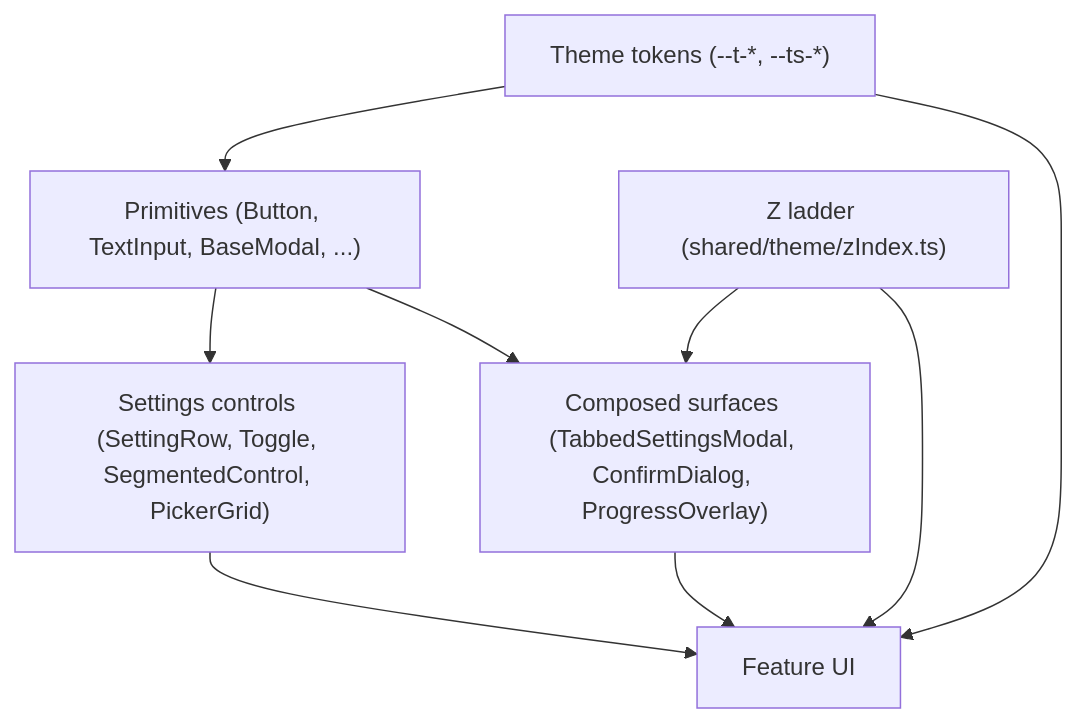
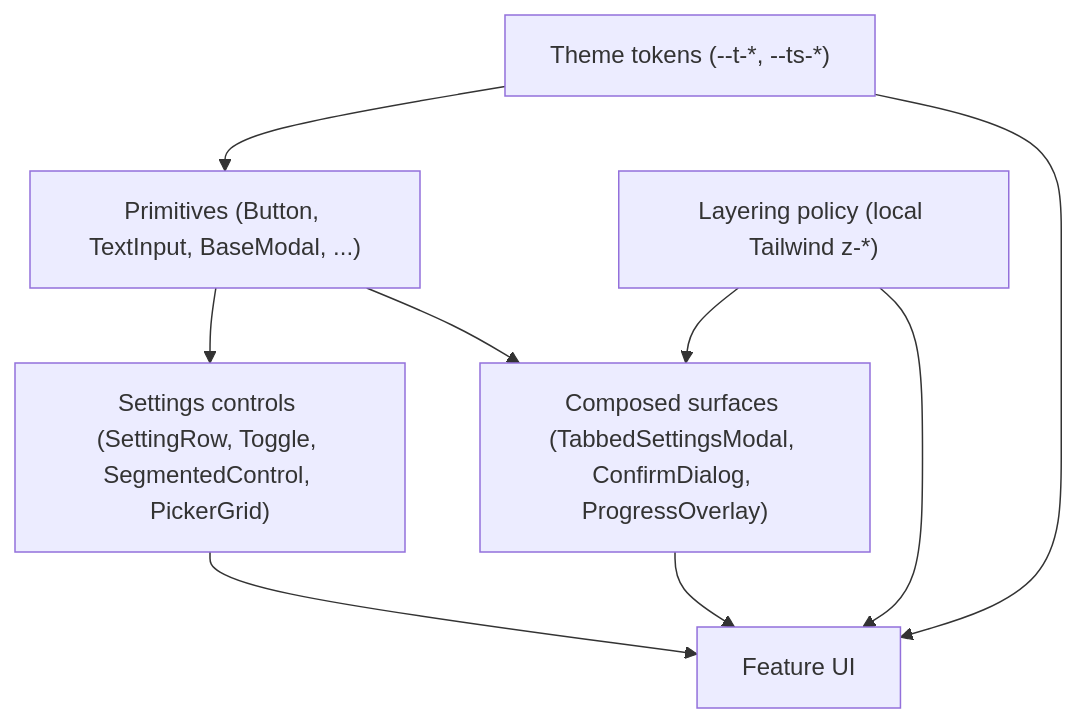
The first of 4 diagrams in docs/design-system.mdx (ggfincke/tierlistbuilder), drawn with Mermaid before and after one commit. The commit also changed other lines of this file and 472 other files, not shown here.

````diff
--- a/docs/design-system.mdx
+++ b/docs/design-system.mdx
@@ -19,11 +19,11 @@
 ```mermaid
 graph TD
     A["Theme tokens (--t-*, --ts-*)"] --> B["Primitives (Button, TextInput, BaseModal, ...)"]
     B --> C["Settings controls (SettingRow, Toggle, SegmentedControl, PickerGrid)"]
     B --> D["Composed surfaces (TabbedSettingsModal, ConfirmDialog, ProgressOverlay)"]
     C --> E["Feature UI"]
     D --> E
     A --> E
-    F["Z ladder (shared/theme/zIndex.ts)"] --> D
+    F["Layering policy (local Tailwind z-*)"] --> D
     F --> E
 ```
````
